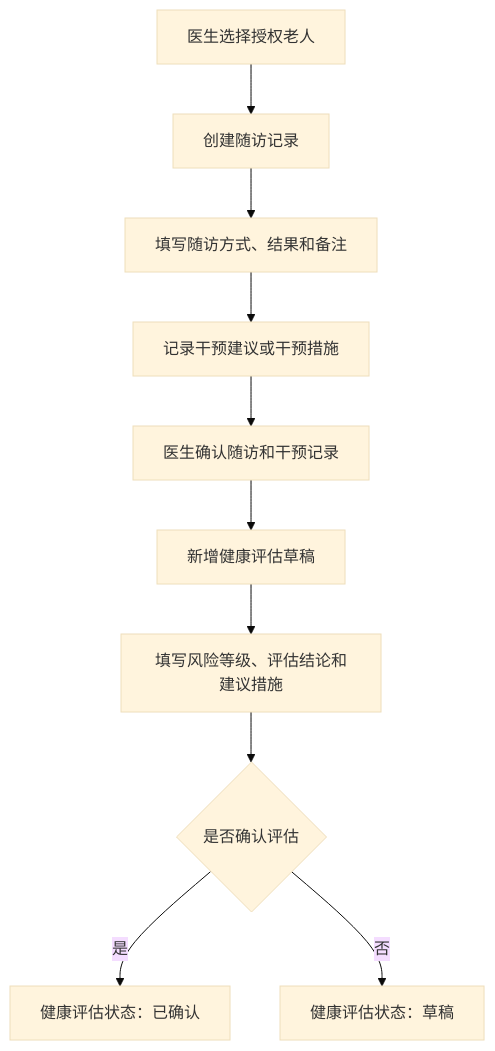
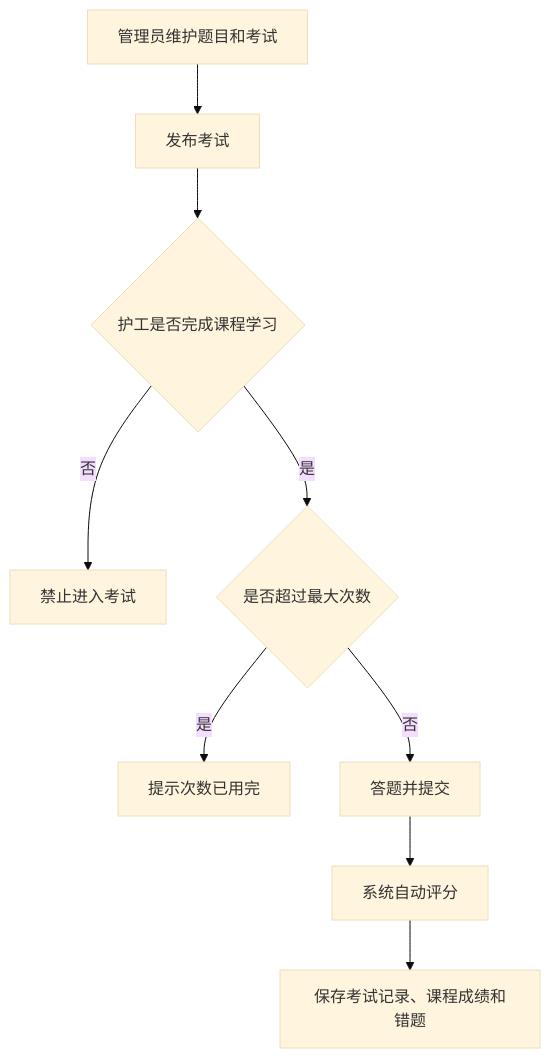
The second of 3 diagrams in docs/requirements/业务流程.md (thesantaana/Care-Nexus), drawn with Mermaid (base theme) before and after one commit. The commit also changed other lines of this file and 110 other files, not shown here.

````diff
--- a/docs/requirements/业务流程.md
+++ b/docs/requirements/业务流程.md
@@ -324,12 +18,11 @@
 ```mermaid
 flowchart TD
-    A["医生选择授权老人"] --> B["创建随访记录"]
-    B --> C["填写随访方式、结果和备注"]
-    C --> D["记录干预建议或干预措施"]
-    D --> E["医生确认随访和干预记录"]
-    E --> F["新增健康评估草稿"]
-    F --> G["填写风险等级、评估结论和建议措施"]
-    G --> H{"是否确认评估"}
-    H -- "是" --> I["健康评估状态：已确认"]
-    H -- "否" --> J["健康评估状态：草稿"]
+  A[管理员维护题目和考试] --> B[发布考试]
+  B --> C{护工是否完成课程学习}
+  C -- 否 --> D[禁止进入考试]
+  C -- 是 --> E{是否超过最大次数}
+  E -- 是 --> F[提示次数已用完]
+  E -- 否 --> G[答题并提交]
+  G --> H[系统自动评分]
+  H --> I[保存考试记录、课程成绩和错题]
 ```
````
